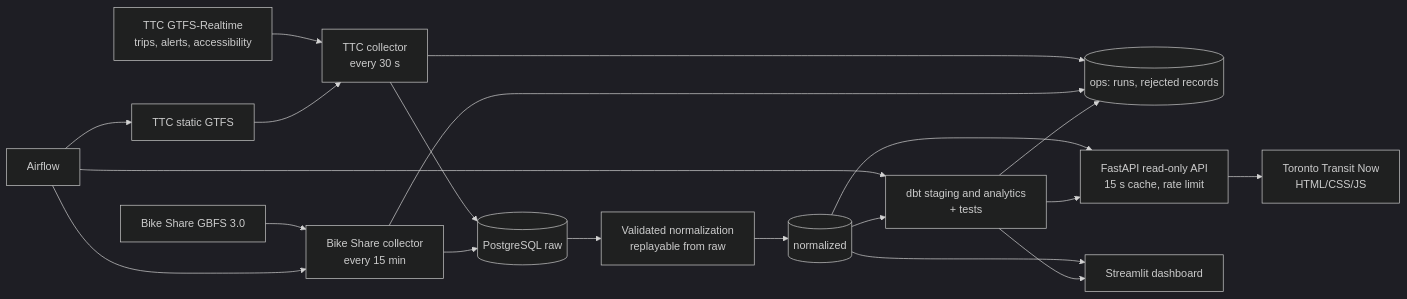
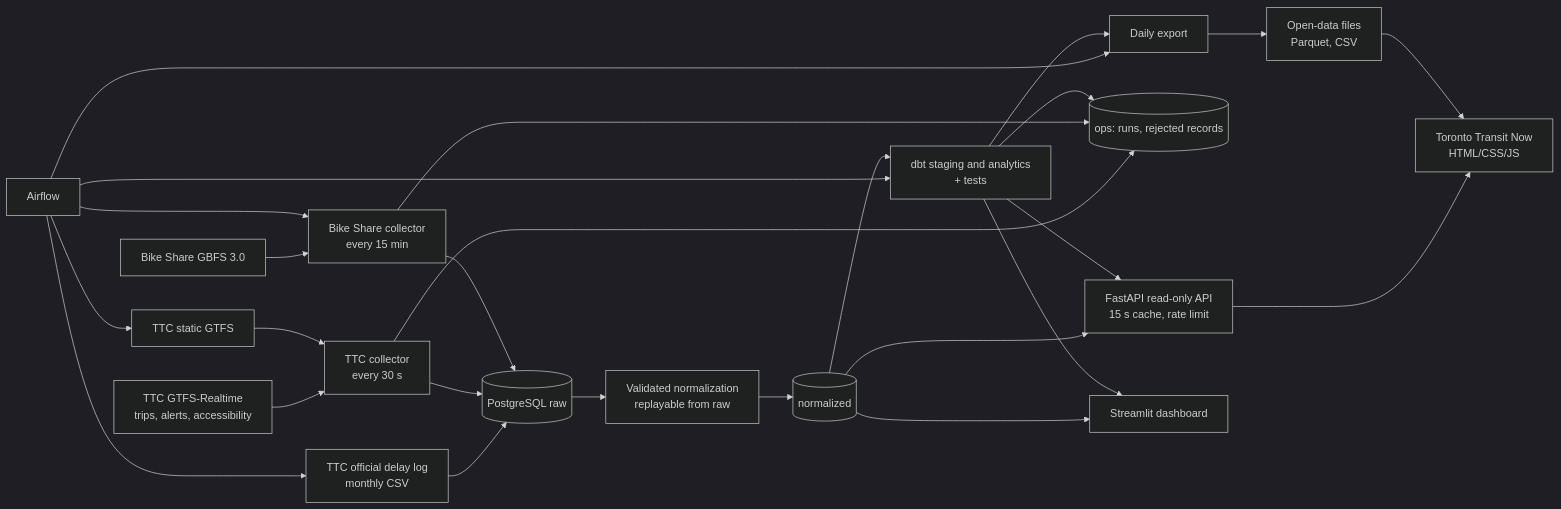
One commit to MavenTheKeen/toronto-transit-monitor changed the diagram in README.md. Above: the diagram before and after it, drawn with Mermaid (dark theme). The commit also changed other lines of this file and 1 other file, not shown here.

First line of the commit message:
Describe the status page, open data and delay log in the README

````diff
--- a/README.md
+++ b/README.md
@@ -27,22 +43,28 @@
 ```mermaid
 flowchart LR
     TTCRT[TTC GTFS-Realtime<br/>trips, alerts, accessibility] --> TTCC[TTC collector<br/>every 30 s]
     TTCS[TTC static GTFS] --> TTCC
     GBFS[Bike Share GBFS 3.0] --> BSC[Bike Share collector<br/>every 15 min]
+    Log[TTC official delay log<br/>monthly CSV] --> Raw
     Airflow[Airflow] --> BSC
     Airflow --> dbt
     Airflow --> TTCS
+    Airflow --> Log
+    Airflow --> Export[Daily export]
     TTCC --> Raw[(PostgreSQL raw)]
     BSC --> Raw
     Raw --> Norm[Validated normalization<br/>replayable from raw]
     Norm --> Normalized[(normalized)]
     Normalized --> dbt[dbt staging and analytics<br/>+ tests]
     TTCC --> Ops[(ops: runs, rejected records)]
     BSC --> Ops
     dbt --> Ops
     Normalized --> API[FastAPI read-only API<br/>15 s cache, rate limit]
     dbt --> API
     API --> Site[Toronto Transit Now<br/>HTML/CSS/JS]
+    dbt --> Export
+    Export --> Files[Open-data files<br/>Parquet, CSV]
+    Files --> Site
     Normalized --> Dash[Streamlit dashboard]
     dbt --> Dash
 ```
````
